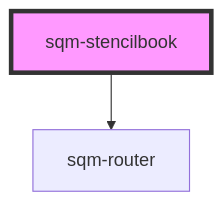
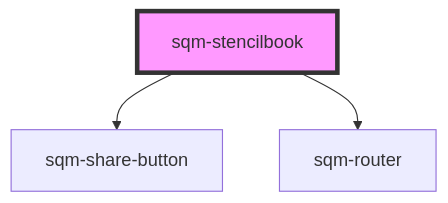
Before and after one commit to saasquatch/program-tools: the diagram in packages/mint-components/src/components/sqm-stencilbook/readme.md, drawn with Mermaid. The commit also changed other lines of this file and 3 other files, not shown here.

````diff
--- a/packages/mint-components/src/components/sqm-stencilbook/readme.md
+++ b/packages/mint-components/src/components/sqm-stencilbook/readme.md
@@ -15,5 +16,6 @@
 ```mermaid
 graph TD;
+  sqm-stencilbook --> sqm-share-button
   sqm-stencilbook --> sqm-router
   style sqm-stencilbook fill:#f9f,stroke:#333,stroke-width:4px
 ```
````
